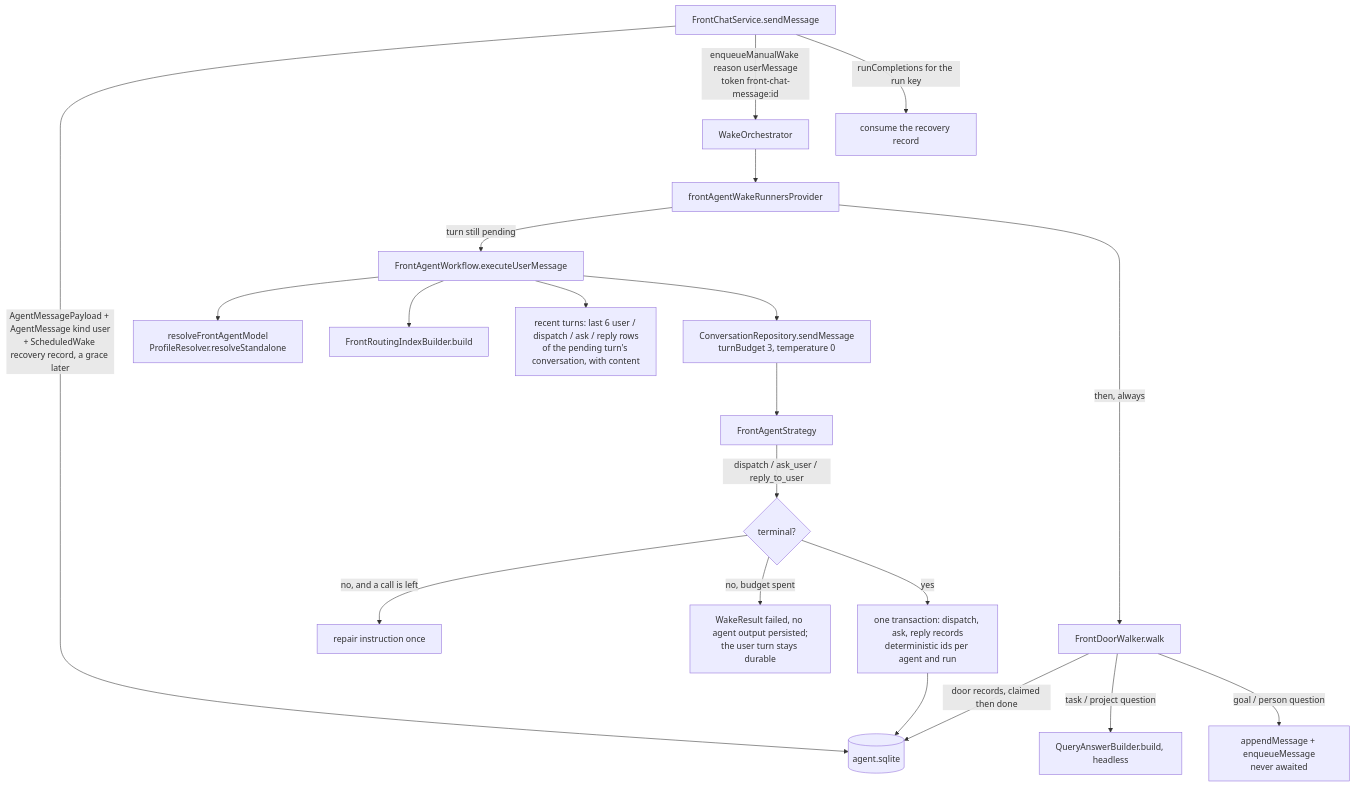
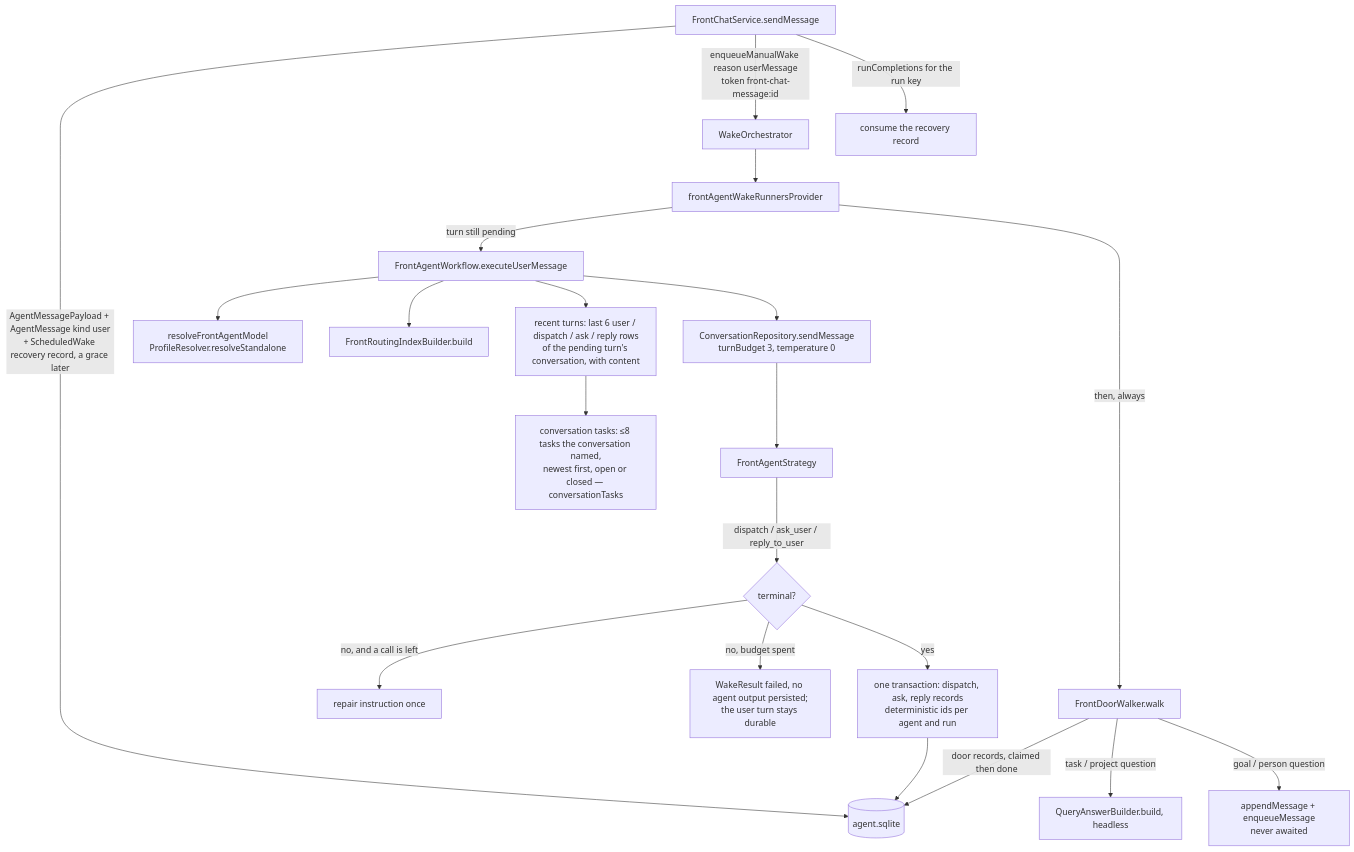
One commit to matthiasn/lotti changed the first of 9 diagrams in knowledge/features/front_agent.md. Above: the diagram before and after it, drawn with Mermaid. The commit also changed other lines of this file and 19 other files, not shown here.

````diff
--- a/knowledge/features/front_agent.md
+++ b/knowledge/features/front_agent.md
@@ -201,22 +209,23 @@
 ```mermaid
 flowchart TD
   U[FrontChatService.sendMessage] -->|AgentMessagePayload + AgentMessage kind user<br/>+ ScheduledWake recovery record, a grace later| D[(agent.sqlite)]
   U -->|enqueueManualWake reason userMessage<br/>token front-chat-message:id| W[WakeOrchestrator]
   W --> R[frontAgentWakeRunnersProvider]
   R -->|turn still pending| X[FrontAgentWorkflow.executeUserMessage]
   R -->|then, always| K[FrontDoorWalker.walk]
   K -->|door records, claimed then done| D
   K -->|task / project question| Q[QueryAnswerBuilder.build, headless]
   K -->|goal / person question| G[appendMessage + enqueueMessage<br/>never awaited]
   U -->|runCompletions for the run key| V[consume the recovery record]
   X --> M[resolveFrontAgentModel<br/>ProfileResolver.resolveStandalone]
   X --> I[FrontRoutingIndexBuilder.build]
   X --> T[recent turns: last 6 user / dispatch / ask / reply rows<br/>of the pending turn's conversation, with content]
+  T --> N[conversation tasks: ≤8 tasks the conversation named,<br/>newest first, open or closed — conversationTasks]
   X --> C[ConversationRepository.sendMessage<br/>turnBudget 3, temperature 0]
   C --> S[FrontAgentStrategy]
   S -->|dispatch / ask_user / reply_to_user| E{terminal?}
   E -->|no, and a call is left| P[repair instruction once]
   E -->|no, budget spent| F[WakeResult failed, no agent output persisted;<br/>the user turn stays durable]
   E -->|yes| O[one transaction: dispatch, ask, reply records<br/>deterministic ids per agent and run]
   O --> D
 ```
````
